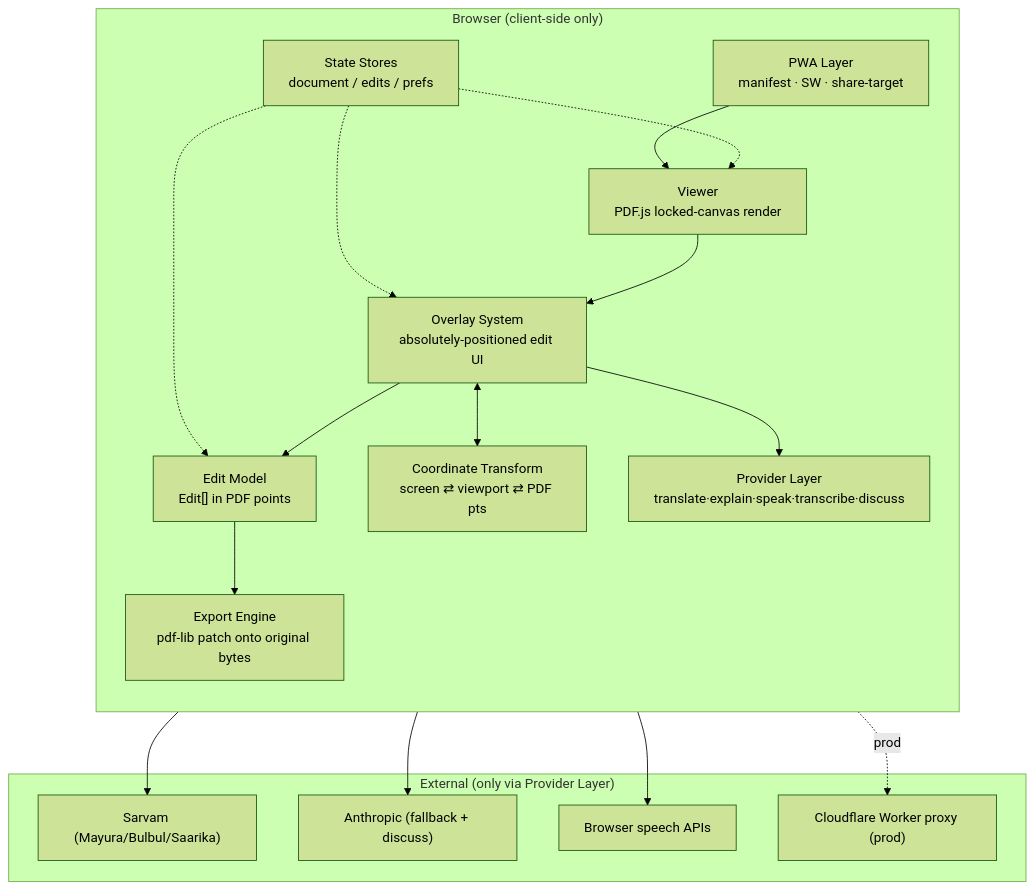
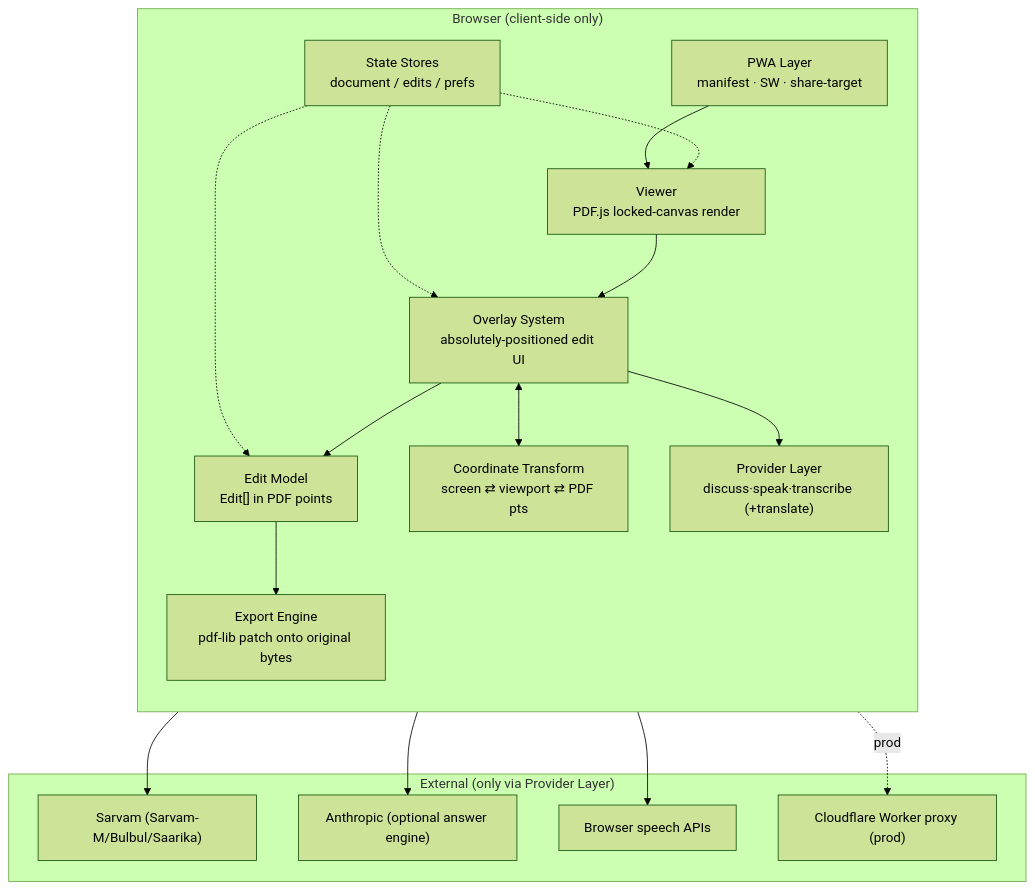
The first of 4 diagrams in ARCHITECTURE.md (pedfstudio-lab/Pedf), drawn with Mermaid (forest theme) before and after one commit. The commit also changed other lines of this file and 17 other files, not shown here.

````diff
--- a/ARCHITECTURE.md
+++ b/ARCHITECTURE.md
@@ -54,29 +54,29 @@
 ```mermaid
 flowchart TB
   subgraph Client["Browser (client-side only)"]
     direction TB
     VIEW["Viewer<br/>PDF.js locked-canvas render"]
     OVL["Overlay System<br/>absolutely-positioned edit UI"]
     EDM["Edit Model<br/>Edit[] in PDF points"]
     COORD["Coordinate Transform<br/>screen ⇄ viewport ⇄ PDF pts"]
     EXP["Export Engine<br/>pdf-lib patch onto original bytes"]
     STORE["State Stores<br/>document / edits / prefs"]
-    PROV["Provider Layer<br/>translate·explain·speak·transcribe·discuss"]
+    PROV["Provider Layer<br/>discuss·speak·transcribe (+translate)"]
     PWA["PWA Layer<br/>manifest · SW · share-target"]
   end
   subgraph Ext["External (only via Provider Layer)"]
-    SARVAM["Sarvam (Mayura/Bulbul/Saarika)"]
-    ANTH["Anthropic (fallback + discuss)"]
+    SARVAM["Sarvam (Sarvam-M/Bulbul/Saarika)"]
+    ANTH["Anthropic (optional answer engine)"]
     BROWSERAPI["Browser speech APIs"]
     PROXY["Cloudflare Worker proxy (prod)"]
   end
 
   VIEW --> OVL --> EDM
   OVL <--> COORD
   EDM --> EXP
   STORE -.-> VIEW & OVL & EDM
   PROV --> SARVAM & ANTH & BROWSERAPI
   PROV -. prod .-> PROXY
   OVL --> PROV
   PWA --> VIEW
 ```
````
